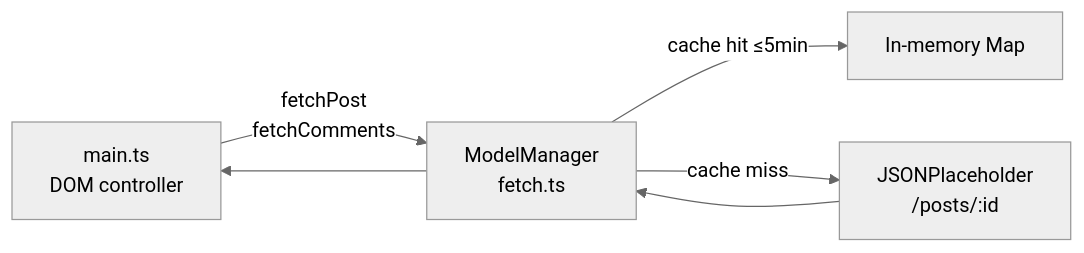
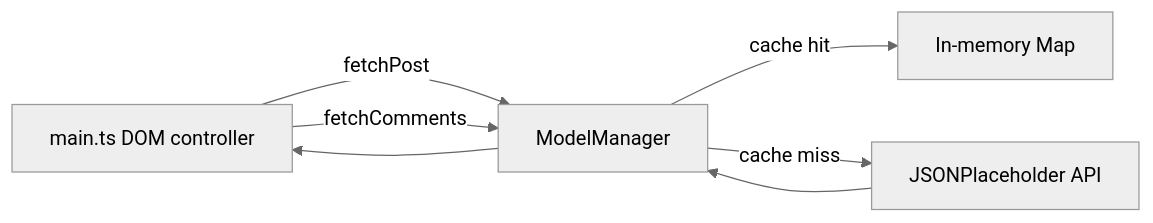
The sixth of 6 diagrams in README.md (dericjojo-codecraft/cc-7-deric), drawn with Mermaid (neutral theme) before and after one commit. The commit also changed other lines of this file, not shown here.

````diff
--- a/README.md
+++ b/README.md
@@ -243,7 +343,9 @@
 ```mermaid
 graph LR
-  DOM["main.ts\nDOM controller"] -->|fetchPost\nfetchComments| MM["ModelManager\nfetch.ts"]
-  MM -->|cache hit ≤5min| CACHE["In-memory Map"]
-  MM -->|cache miss| API["JSONPlaceholder\n/posts/:id"]
-  API --> MM --> DOM
+  DOM["main.ts DOM controller"] -->|fetchPost| MM["ModelManager"]
+  DOM -->|fetchComments| MM
+  MM -->|cache hit| CACHE["In-memory Map"]
+  MM -->|cache miss| API["JSONPlaceholder API"]
+  API --> MM
+  MM --> DOM
 ```
````
